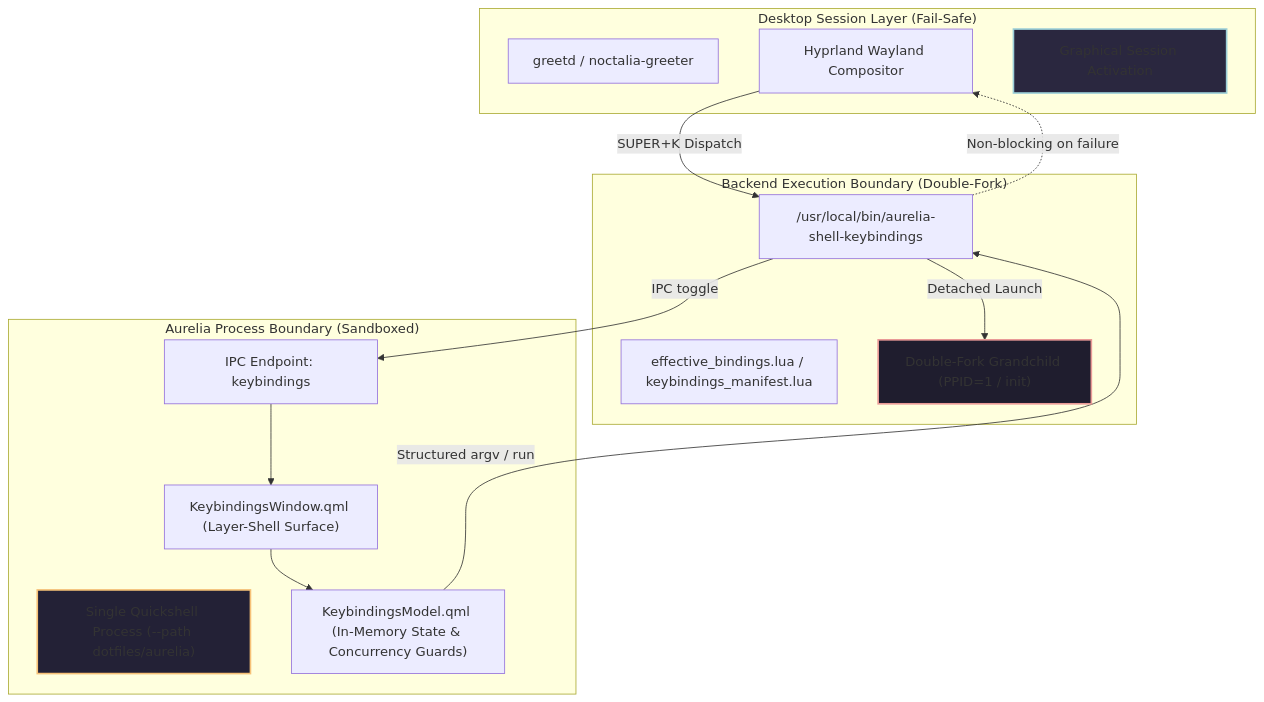
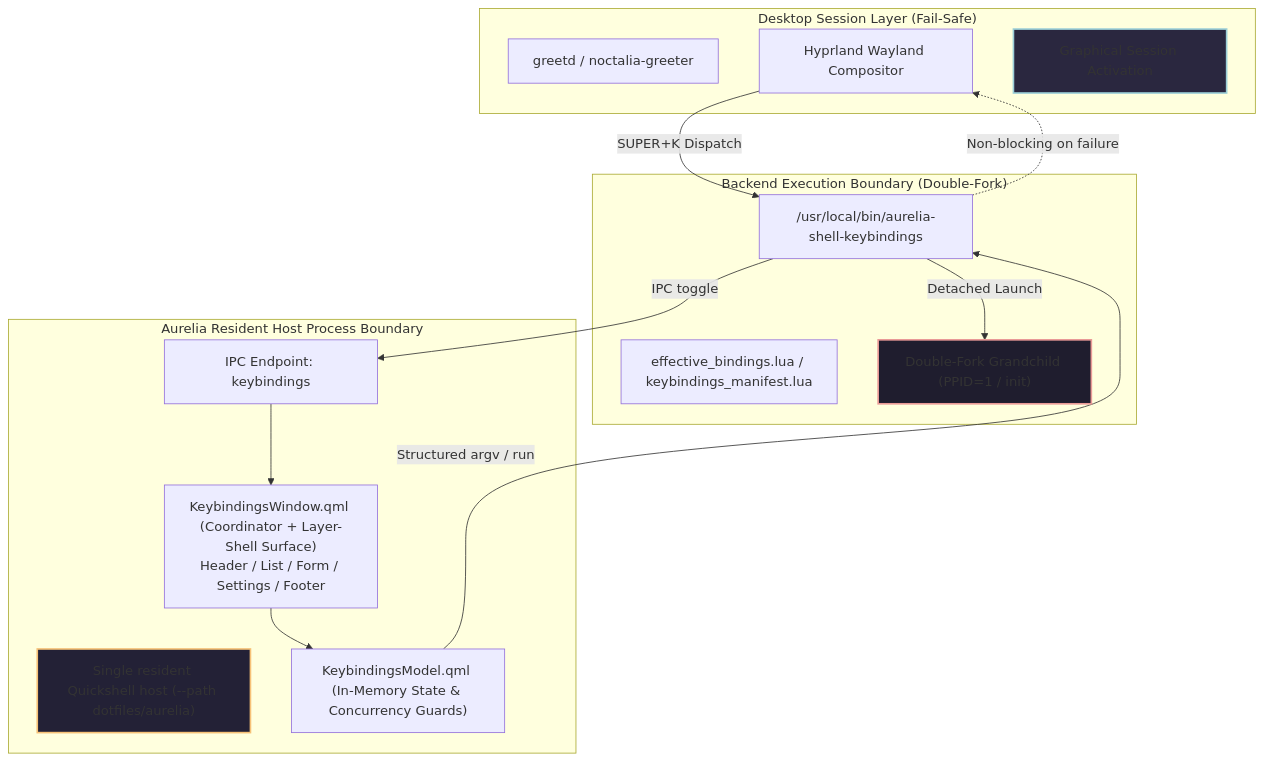
Before and after one commit to kk18888678/fedora-hyprland-workstation: the first of 3 diagrams in docs/aurelia-keybindings-architecture.md, drawn with Mermaid. The commit also changed other lines of this file and 24 other files, not shown here.

Commit message:
fix(aurelia): harden keybindings component ownership and runtime

````diff
--- a/docs/aurelia-keybindings-architecture.md
+++ b/docs/aurelia-keybindings-architecture.md
@@ -24,33 +41,33 @@
 ```mermaid
 graph TD
     subgraph "Desktop Session Layer (Fail-Safe)"
         Greetd["greetd / noctalia-greeter"]
         Hyprland["Hyprland Wayland Compositor"]
         Activation["Graphical Session Activation"]
     end
 
-    subgraph "Aurelia Process Boundary (Sandboxed)"
-        Quickshell["Single Quickshell Process (--path dotfiles/aurelia)"]
+    subgraph "Aurelia Resident Host Process Boundary"
+        Quickshell["Single resident Quickshell host (--path dotfiles/aurelia)"]
         IPC["IPC Endpoint: keybindings"]
         Model["KeybindingsModel.qml (In-Memory State & Concurrency Guards)"]
-        UI["KeybindingsWindow.qml (Layer-Shell Surface)"]
+        UI["KeybindingsWindow.qml (Coordinator + Layer-Shell Surface)\nHeader / List / Form / Settings / Footer"]
     end
 
     subgraph "Backend Execution Boundary (Double-Fork)"
         Backend["/usr/local/bin/aurelia-shell-keybindings"]
         LuaEngine["effective_bindings.lua / keybindings_manifest.lua"]
         Launcher["Double-Fork Grandchild (PPID=1 / init)"]
     end
 
     Hyprland -->|SUPER+K Dispatch| Backend
     Backend -->|IPC toggle| IPC
     IPC --> UI
     UI --> Model
     Model -->|Structured argv / run| Backend
     Backend -->|Detached Launch| Launcher
     Backend -.->|Non-blocking on failure| Hyprland
 
     style Activation fill:#2a273f,stroke:#9ccfd8,stroke-width:2px;
     style Quickshell fill:#232136,stroke:#f6c177,stroke-width:2px;
     style Launcher fill:#1f1d2e,stroke:#ea9a97,stroke-width:2px;
 ```
````
